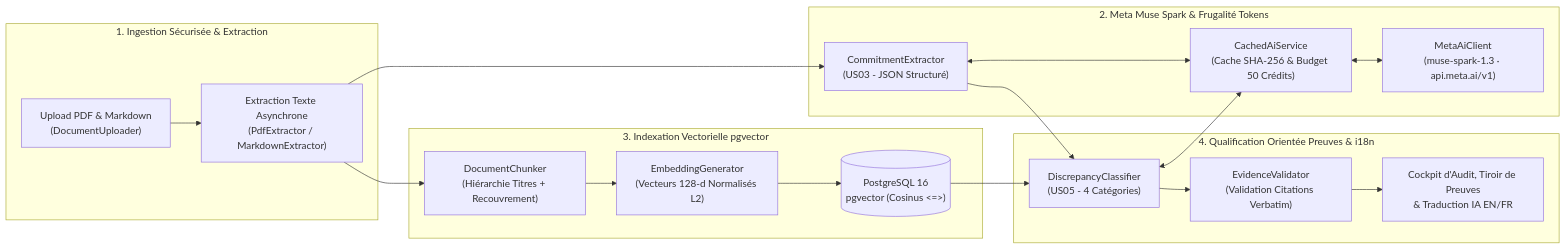
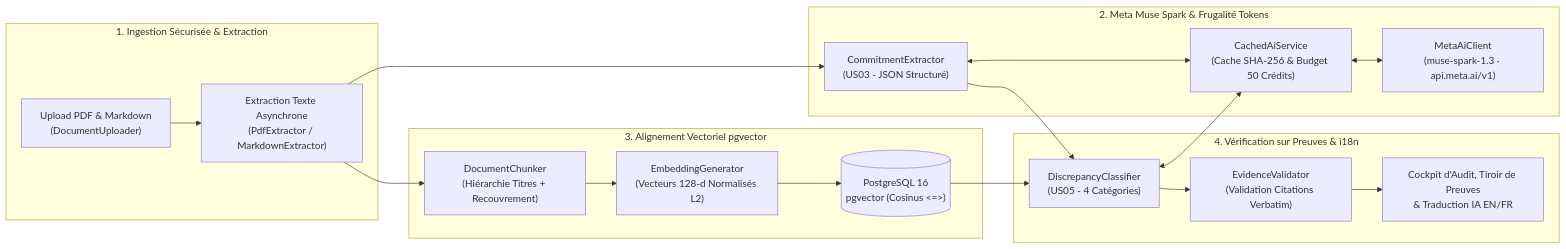
Before and after one commit to Gw3nhael51/promiseGap: the diagram in README_FR.md, drawn with Mermaid. The commit also changed other lines of this file and 1 other file, not shown here.

Commit message:
docs: add hackathon contribution matrix and non-basic-RAG positioning in README and README_FR

````diff
--- a/README_FR.md
+++ b/README_FR.md
@@ -42,26 +62,26 @@
 ```mermaid
 flowchart LR
     subgraph Ingestion["1. Ingestion Sécurisée & Extraction"]
         U["Upload PDF & Markdown\n(DocumentUploader)"] --> E["Extraction Texte Asynchrone\n(PdfExtractor / MarkdownExtractor)"]
     end
 
     subgraph AI["2. Meta Muse Spark & Frugalité Tokens"]
         E --> CE["CommitmentExtractor\n(US03 - JSON Structuré)"]
         CE <--> C["CachedAiService\n(Cache SHA-256 & Budget 50 Crédits)"]
         C <--> M["MetaAiClient\n(muse-spark-1.3 · api.meta.ai/v1)"]
     end
 
-    subgraph RAG["3. Indexation Vectorielle pgvector"]
+    subgraph RAG["3. Alignement Vectoriel pgvector"]
         E --> DC["DocumentChunker\n(Hiérarchie Titres + Recouvrement)"]
         DC --> EG["EmbeddingGenerator\n(Vecteurs 128-d Normalisés L2)"]
         EG --> PG[("PostgreSQL 16\npgvector (Cosinus <=>)")]
     end
 
-    subgraph Qualification["4. Qualification Orientée Preuves & i18n"]
+    subgraph Qualification["4. Vérification sur Preuves & i18n"]
         CE --> DQ["DiscrepancyClassifier\n(US05 - 4 Catégories)"]
         PG --> DQ
         DQ <--> C
         DQ --> EV["EvidenceValidator\n(Validation Citations Verbatim)"]
         EV --> UI["Cockpit d'Audit, Tiroir de Preuves\n& Traduction IA EN/FR"]
     end
 ```
````
